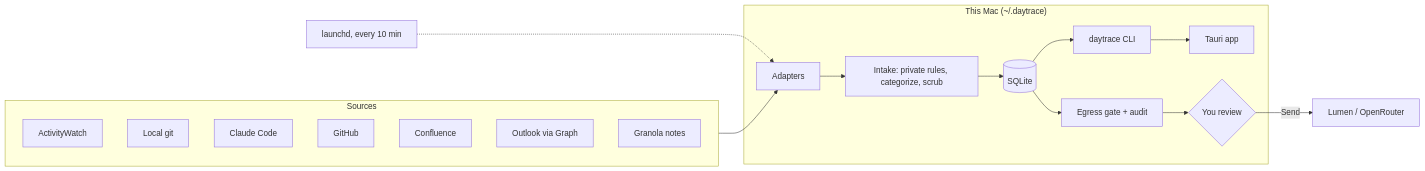
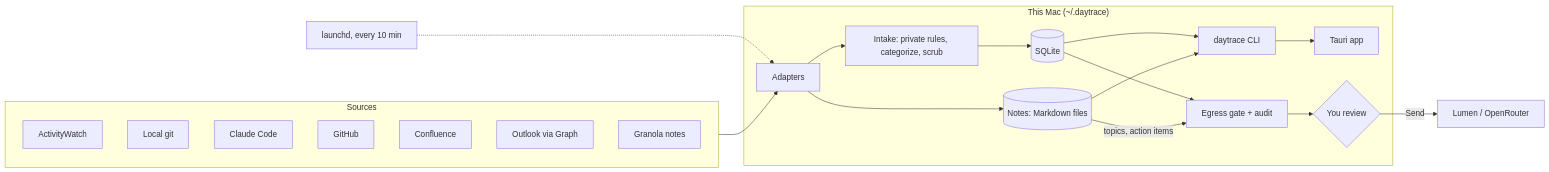
Before and after one commit to longshuicy/daytrace: the diagram in README.md, drawn with Mermaid. The commit also changed other lines of this file and 1 other file, not shown here.

First line of the commit message:
Document meeting notes and the new summaries

````diff
--- a/README.md
+++ b/README.md
@@ -11,23 +11,26 @@
 ```mermaid
 flowchart LR
   subgraph Sources
     AW[ActivityWatch]
     GIT[Local git]
     CC[Claude Code]
     GH[GitHub]
     CF[Confluence]
     OL[Outlook via Graph]
     GR[Granola notes]
   end
   subgraph Mac["This Mac (~/.daytrace)"]
     AD[Adapters] --> IN[Intake: private rules, categorize, scrub]
     IN --> DB[(SQLite)]
+    AD --> NT[(Notes: Markdown files)]
     DB --> CLI[daytrace CLI]
+    NT --> CLI
     CLI --> APP[Tauri app]
     DB --> EG[Egress gate + audit]
+    NT -- topics, action items --> EG
     EG --> RV{You review}
   end
   Sources --> AD
   LD[launchd, every 10 min] -.-> AD
   RV -- Send --> LLM[Lumen / OpenRouter]
 ```
````
